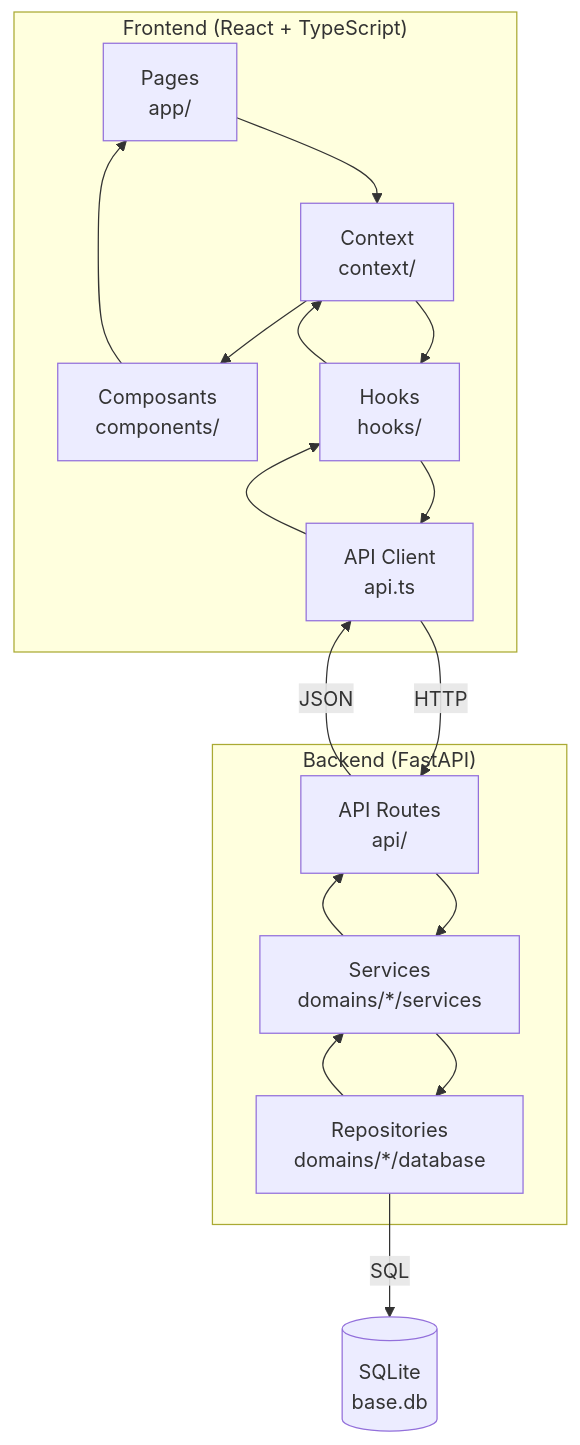
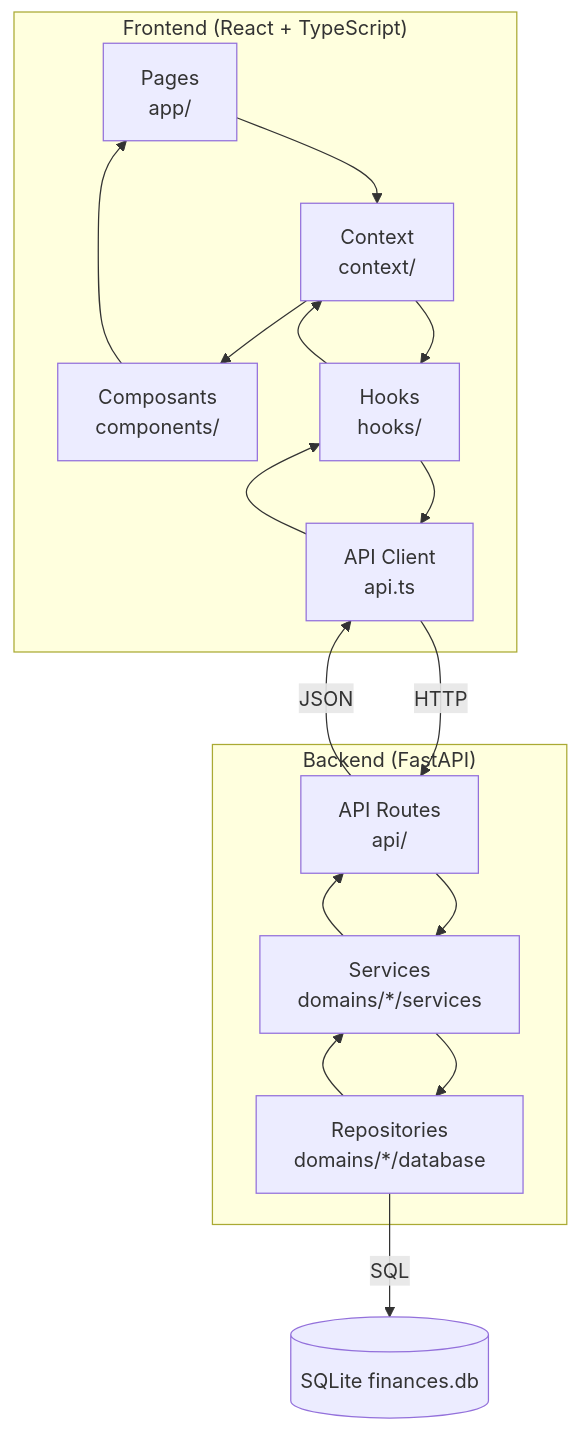
One commit to mdjabi2005-commits/gestio-feature changed the diagram in AGENTS.md. Above: the diagram before and after it, drawn with Mermaid. The commit also changed other lines of this file and 50 other files, not shown here.

````diff
--- a/AGENTS.md
+++ b/AGENTS.md
@@ -121,33 +124,33 @@
 ```mermaid
 graph TB
     subgraph Frontend["Frontend (React + TypeScript)"]
         Pages[Pages<br/>app/]
         Components[Composants<br/>components/]
         Context[Context<br/>context/]
         Hooks[Hooks<br/>hooks/]
         API_Client["API Client<br/>api.ts"]
     end
 
     subgraph Backend["Backend (FastAPI)"]
         API[API Routes<br/>api/]
         Services[Services<br/>domains/*/services]
         Repos[Repositories<br/>domains/*/database]
     end
 
-    DB[(SQLite<br/>base.db)]
+    DB[(SQLite finances.db)]
 
     Pages --> Context
     Context --> Hooks
     Hooks --> API_Client
     API_Client -->|HTTP| API
     API --> Services
     Services --> Repos
     Repos -->|SQL| DB
     Repos --> Services
     Services --> API
     API -->|JSON| API_Client
     API_Client --> Hooks
     Hooks --> Context
     Context --> Components
     Components --> Pages
 ```
````
